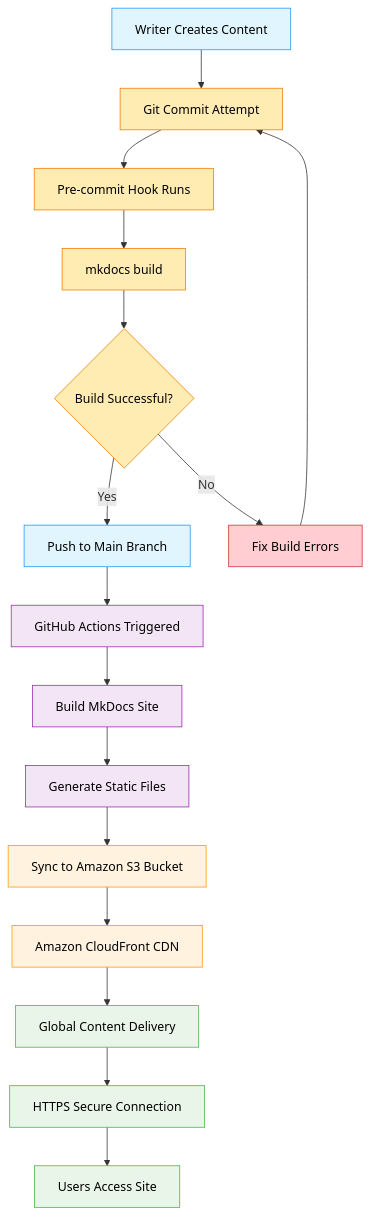
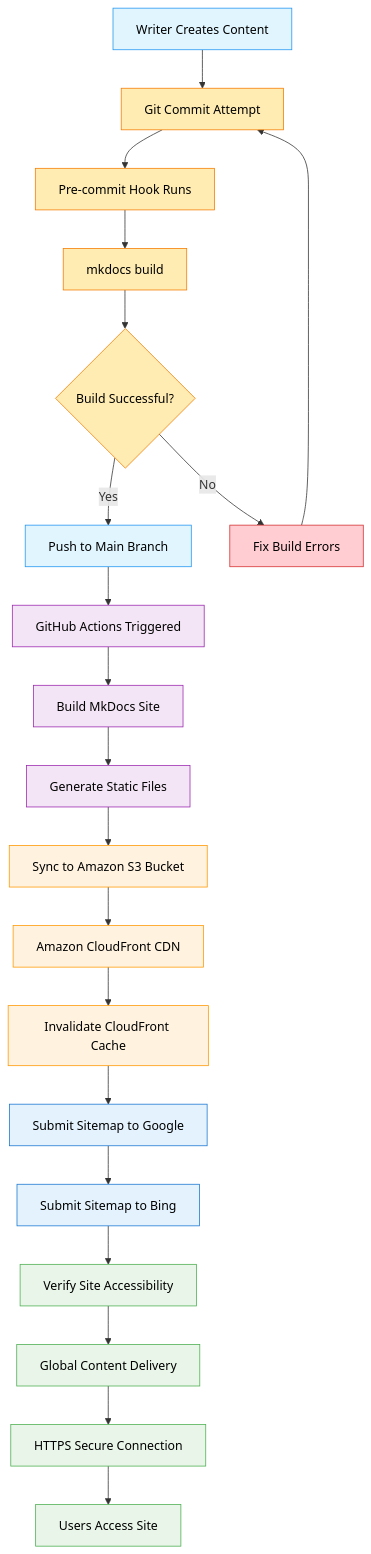
Before and after one commit to scottsaenz/scottsaenz-site: the diagram in docs/blog/posts/20250601.md, drawn with Mermaid. The commit also changed 1 other file, not shown here.

Commit message:
updated mermaid chart

````diff
--- a/docs/blog/posts/20250601.md
+++ b/docs/blog/posts/20250601.md
@@ -30,49 +30,59 @@
 ```mermaid
 flowchart TD
     J[Writer Creates Content] --> K[Git Commit Attempt]
     K --> L[Pre-commit Hook Runs]
     L --> M[mkdocs build]
     M --> N{Build Successful?}
     N -->|Yes| A[Push to Main Branch]
     N -->|No| O[Fix Build Errors]
     O --> K
     
     A --> B[GitHub Actions Triggered]
     B --> C[Build MkDocs Site]
     C --> D[Generate Static Files]
     D --> E[Sync to Amazon S3 Bucket]
     E --> F[Amazon CloudFront CDN]
-    F --> G[Global Content Delivery]
+    F --> P[Invalidate CloudFront Cache]
+    P --> Q[Submit Sitemap to Google]
+    Q --> R[Submit Sitemap to Bing]
+    R --> S[Verify Site Accessibility]
+    S --> G[Global Content Delivery]
     G --> H[HTTPS Secure Connection]
     H --> I[Users Access Site]
     
     style A fill:#e1f5fe,color:#000
     style B fill:#f3e5f5,color:#000
     style C fill:#f3e5f5,color:#000
     style D fill:#f3e5f5,color:#000
     style E fill:#fff3e0,color:#000
     style F fill:#fff3e0,color:#000
+    style P fill:#fff3e0,color:#000
+    style Q fill:#e3f2fd,color:#000
+    style R fill:#e3f2fd,color:#000
+    style S fill:#e8f5e8,color:#000
     style G fill:#e8f5e8,color:#000
     style H fill:#e8f5e8,color:#000
     style I fill:#e8f5e8,color:#000
     style J fill:#e1f5fe,color:#000
     style K fill:#ffecb3,color:#000
     style L fill:#ffecb3,color:#000
     style M fill:#ffecb3,color:#000
     style N fill:#ffecb3,color:#000
     style O fill:#ffcdd2,color:#000
     
     classDef automation fill:#f3e5f5,stroke:#9c27b0,color:#000
     classDef aws fill:#fff3e0,stroke:#ff9800,color:#000
+    classDef seo fill:#e3f2fd,stroke:#1976d2,color:#000
     classDef delivery fill:#e8f5e8,stroke:#4caf50,color:#000
     classDef user fill:#e1f5fe,stroke:#2196f3,color:#000
     classDef precommit fill:#ffecb3,stroke:#f57c00,color:#000
     classDef error fill:#ffcdd2,stroke:#d32f2f,color:#000
     
     class B,C,D automation
-    class E,F aws
-    class G,H,I delivery
+    class E,F,P aws
+    class Q,R seo
+    class S,G,H,I delivery
     class A,J user
     class K,L,M,N precommit
     class O error
 ```
````
